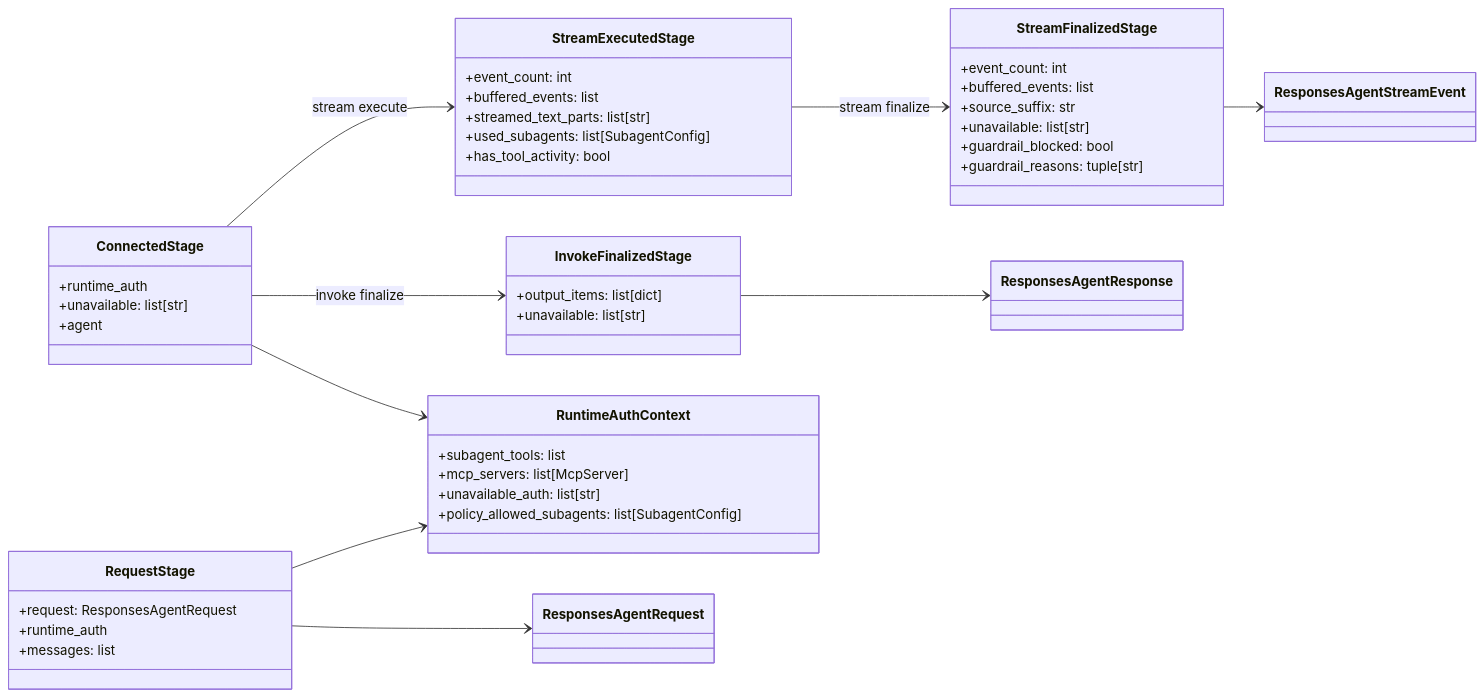
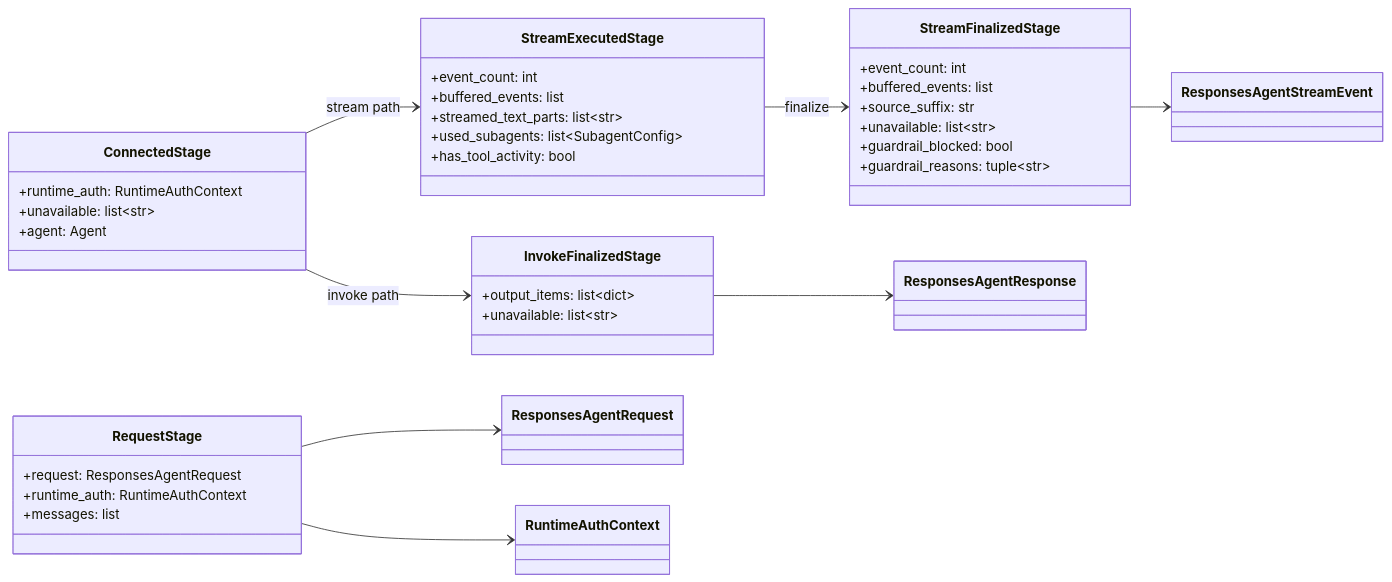
Before and after one commit to wchen-dea/Governed-Multi-Agent-Intelligence-on-Databricks: the third of 5 diagrams in docs/architecture/design-artifacts/08-backend-class-diagram-as-is.md, drawn with Mermaid. The commit also changed other lines of this file and 51 other files, not shown here.

````diff
--- a/docs/architecture/design-artifacts/08-backend-class-diagram-as-is.md
+++ b/docs/architecture/design-artifacts/08-backend-class-diagram-as-is.md
@@ -200,59 +209,52 @@
 ```mermaid
 classDiagram
 direction LR
 
 class RequestStage {
-  +request: ResponsesAgentRequest
-  +runtime_auth
-  +messages: list
+    +request: ResponsesAgentRequest
+    +runtime_auth: RuntimeAuthContext
+    +messages: list
 }
 
 class ConnectedStage {
-  +runtime_auth
-  +unavailable: list[str]
-  +agent
+    +runtime_auth: RuntimeAuthContext
+    +unavailable: list~str~
+    +agent: Agent
 }
 
 class InvokeFinalizedStage {
-  +output_items: list[dict]
-  +unavailable: list[str]
+    +output_items: list~dict~
+    +unavailable: list~str~
 }
 
 class StreamExecutedStage {
-  +event_count: int
-  +buffered_events: list
-  +streamed_text_parts: list[str]
-  +used_subagents: list[SubagentConfig]
-  +has_tool_activity: bool
+    +event_count: int
+    +buffered_events: list
+    +streamed_text_parts: list~str~
+    +used_subagents: list~SubagentConfig~
+    +has_tool_activity: bool
 }
 
 class StreamFinalizedStage {
-  +event_count: int
-  +buffered_events: list
-  +source_suffix: str
-  +unavailable: list[str]
-  +guardrail_blocked: bool
-  +guardrail_reasons: tuple[str]
+    +event_count: int
+    +buffered_events: list
+    +source_suffix: str
+    +unavailable: list~str~
+    +guardrail_blocked: bool
+    +guardrail_reasons: tuple~str~
 }
 
 class ResponsesAgentRequest
 class ResponsesAgentResponse
 class ResponsesAgentStreamEvent
-class RuntimeAuthContext {
-  +subagent_tools: list
-  +mcp_servers: list[McpServer]
-  +unavailable_auth: list[str]
-  +policy_allowed_subagents: list[SubagentConfig]
-}
 
 RequestStage --> ResponsesAgentRequest
 RequestStage --> RuntimeAuthContext
-ConnectedStage --> RuntimeAuthContext
 
-ConnectedStage --> InvokeFinalizedStage : invoke finalize
-ConnectedStage --> StreamExecutedStage : stream execute
-StreamExecutedStage --> StreamFinalizedStage : stream finalize
+ConnectedStage --> InvokeFinalizedStage : invoke path
+ConnectedStage --> StreamExecutedStage : stream path
+StreamExecutedStage --> StreamFinalizedStage : finalize
 
 InvokeFinalizedStage --> ResponsesAgentResponse
 StreamFinalizedStage --> ResponsesAgentStreamEvent
 ```
````
